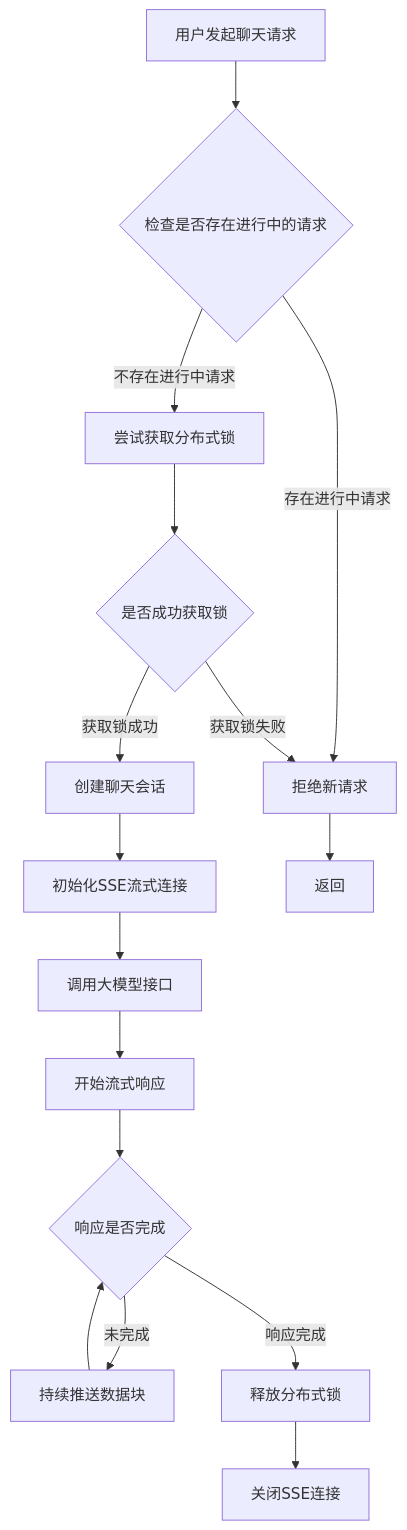
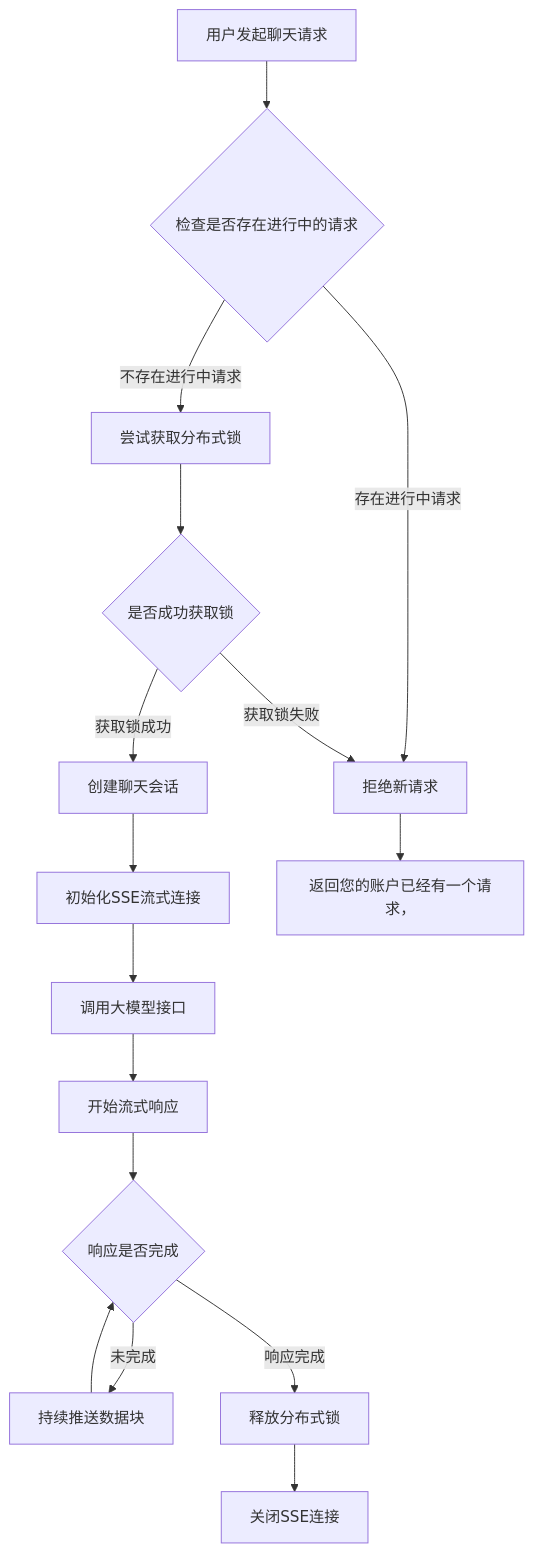
Before and after one commit to yingjianzh/iodraw-files: the diagram in all/chat单用户单请求-15.md, drawn with Mermaid.

Commit message:
2025-01-02 17:00:14 update

````diff
--- a/all/chat单用户单请求-15.md
+++ b/all/chat单用户单请求-15.md
@@ -1,23 +1,23 @@
 ```mermaid
 flowchart TD
     A[用户发起聊天请求] --> B{检查是否存在进行中的请求}
     B -->|存在进行中请求| C[拒绝新请求]
     B -->|不存在进行中请求| D[尝试获取分布式锁]
     
     D --> E{是否成功获取锁}
     E -->|获取锁成功| F[创建聊天会话]
     E -->|获取锁失败| C
     
     F --> G[初始化SSE流式连接]
     G --> H[调用大模型接口]
     H --> I[开始流式响应]
     
     I --> J{响应是否完成}
     J -->|未完成| K[持续推送数据块]
     K --> J
     
     J -->|响应完成| L[释放分布式锁]
     L --> M[关闭SSE连接]
     
-    C --> N[返回]
+    C --> N[返回您的账户已经有一个请求，]
 ```
````
